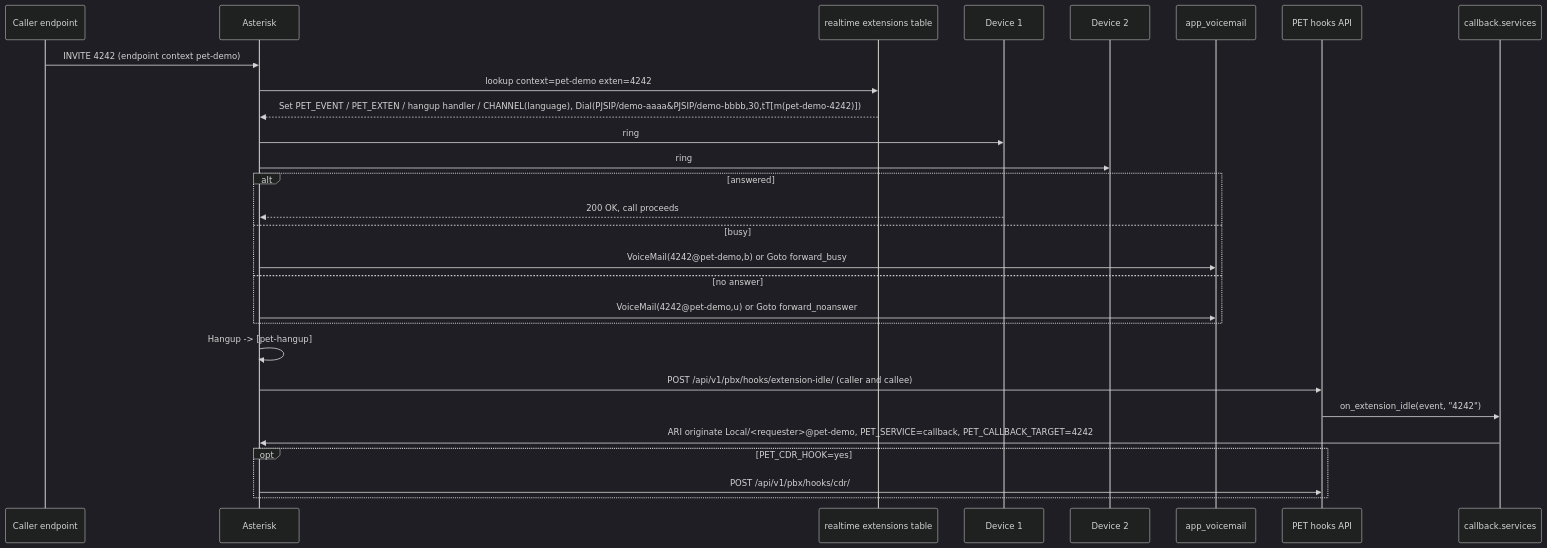
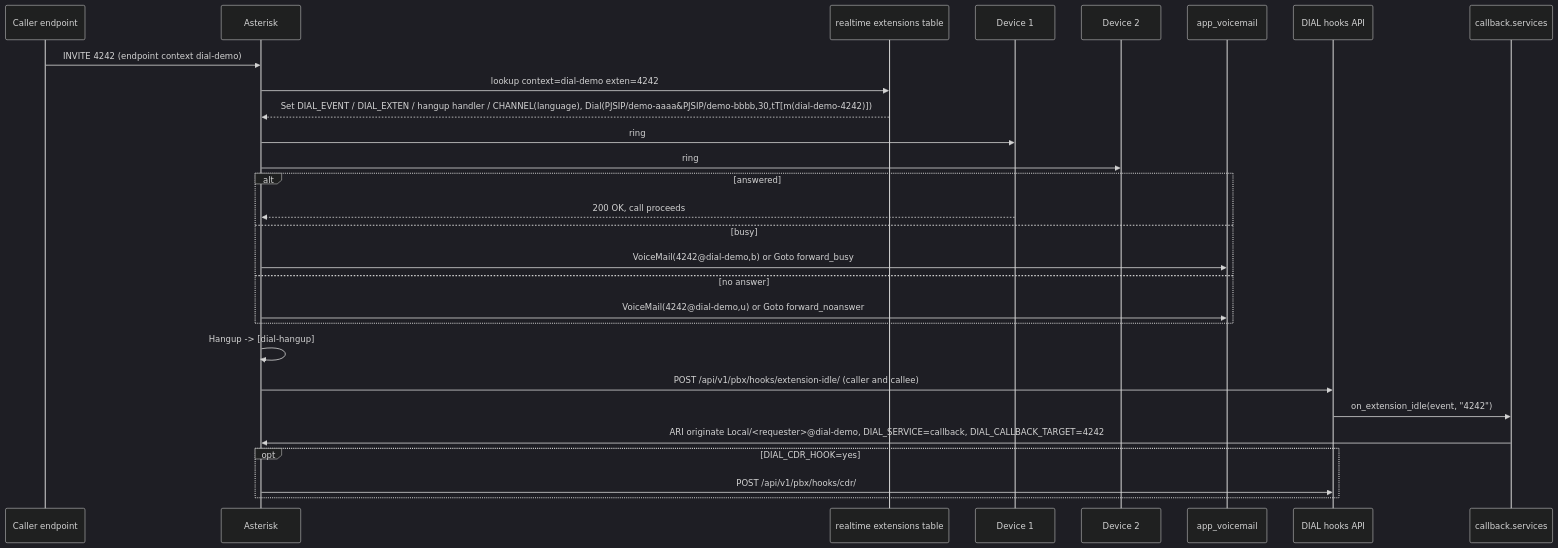
One commit to kirikakaese/DIAL-BETA changed the fifth of 8 diagrams in docs/ARCHITECTURE.md. Above: the diagram before and after it, drawn with Mermaid (dark theme). The commit also changed other lines of this file and 296 other files, not shown here.

First line of the commit message:
Rename PET to DIAL (DECT & IP Administration Layer)

````diff
--- a/docs/ARCHITECTURE.md
+++ b/docs/ARCHITECTURE.md
@@ -588,31 +588,31 @@
 ```mermaid
 sequenceDiagram
     participant A as Caller endpoint
     participant AST as Asterisk
     participant RT as realtime extensions table
     participant D1 as Device 1
     participant D2 as Device 2
     participant VM as app_voicemail
-    participant PET as PET hooks API
+    participant DIAL as DIAL hooks API
     participant CB as callback.services
 
-    A->>AST: INVITE 4242 (endpoint context pet-demo)
-    AST->>RT: lookup context=pet-demo exten=4242
-    RT-->>AST: Set PET_EVENT / PET_EXTEN / hangup handler / CHANNEL(language), Dial(PJSIP/demo-aaaa&PJSIP/demo-bbbb,30,tT[m(pet-demo-4242)])
+    A->>AST: INVITE 4242 (endpoint context dial-demo)
+    AST->>RT: lookup context=dial-demo exten=4242
+    RT-->>AST: Set DIAL_EVENT / DIAL_EXTEN / hangup handler / CHANNEL(language), Dial(PJSIP/demo-aaaa&PJSIP/demo-bbbb,30,tT[m(dial-demo-4242)])
     AST->>D1: ring
     AST->>D2: ring
     alt answered
         D1-->>AST: 200 OK, call proceeds
     else busy
-        AST->>VM: VoiceMail(4242@pet-demo,b) or Goto forward_busy
+        AST->>VM: VoiceMail(4242@dial-demo,b) or Goto forward_busy
     else no answer
-        AST->>VM: VoiceMail(4242@pet-demo,u) or Goto forward_noanswer
+        AST->>VM: VoiceMail(4242@dial-demo,u) or Goto forward_noanswer
     end
-    AST->>AST: Hangup -> [pet-hangup]
-    AST->>PET: POST /api/v1/pbx/hooks/extension-idle/ (caller and callee)
-    PET->>CB: on_extension_idle(event, "4242")
-    CB->>AST: ARI originate Local/<requester>@pet-demo, PET_SERVICE=callback, PET_CALLBACK_TARGET=4242
-    opt PET_CDR_HOOK=yes
-        AST->>PET: POST /api/v1/pbx/hooks/cdr/
+    AST->>AST: Hangup -> [dial-hangup]
+    AST->>DIAL: POST /api/v1/pbx/hooks/extension-idle/ (caller and callee)
+    DIAL->>CB: on_extension_idle(event, "4242")
+    CB->>AST: ARI originate Local/<requester>@dial-demo, DIAL_SERVICE=callback, DIAL_CALLBACK_TARGET=4242
+    opt DIAL_CDR_HOOK=yes
+        AST->>DIAL: POST /api/v1/pbx/hooks/cdr/
     end
 ```
````
